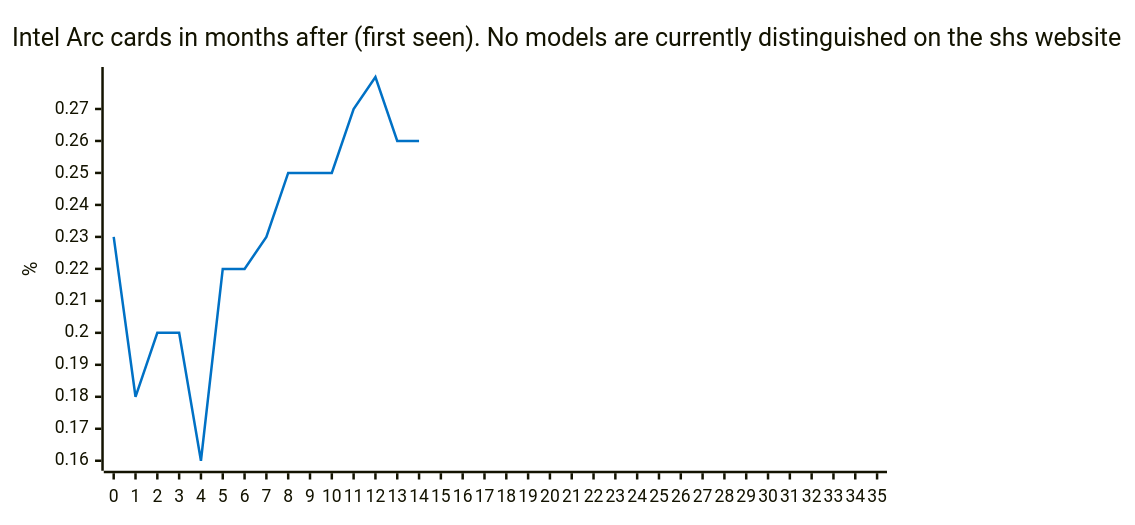
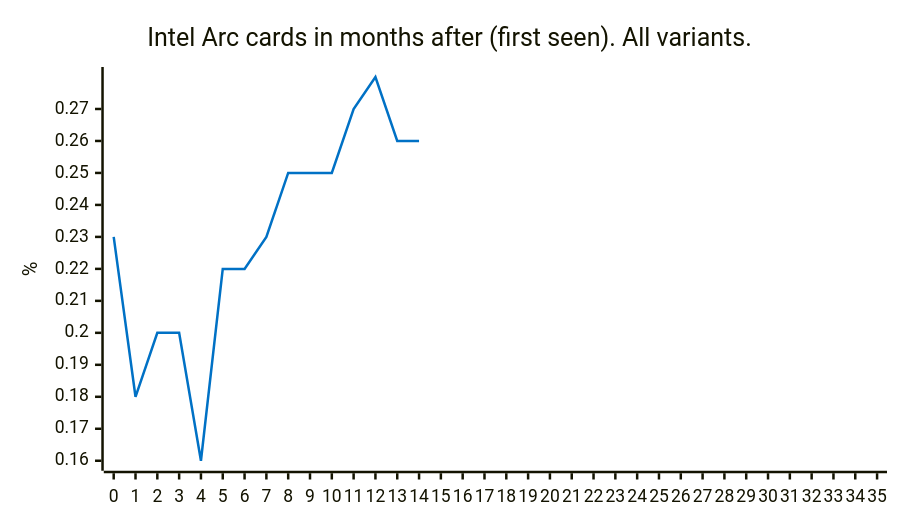
Diagram 11 of 31 in README.md (jdegene/steamHWsurvey), drawn with Mermaid before and after one commit. The commit also changed other lines of this file, not shown here.

````diff
--- a/README.md
+++ b/README.md
@@ -361,20 +366,20 @@
 ```mermaid
 ---
 config:
     xyChart:
         width: 700
         height: 400
         
     themeVariables:
         xyChart:
             plotColorPalette: "#0071C5"
 
 --- 
 
 
 xychart-beta
-    title "Intel Arc cards in months after (first seen). No models are currently distinguished on the shs website"
+    title "Intel Arc cards in months after (first seen). All variants."
     x-axis[0, 1, 2, 3, 4, 5, 6, 7, 8, 9, 10, 11, 12, 13, 14, 15, 16, 17, 18, 19, 20, 21, 22, 23, 24, 25, 26, 27, 28, 29, 30, 31, 32, 33, 34, 35]
     y-axis "%" 
     line [0.22999999999999998, 0.18, 0.2, 0.2, 0.16, 0.22, 0.22, 0.22999999999999998, 0.25, 0.25, 0.25, 0.27, 0.27999999999999997, 0.26, 0.26]
 ``` 
````
